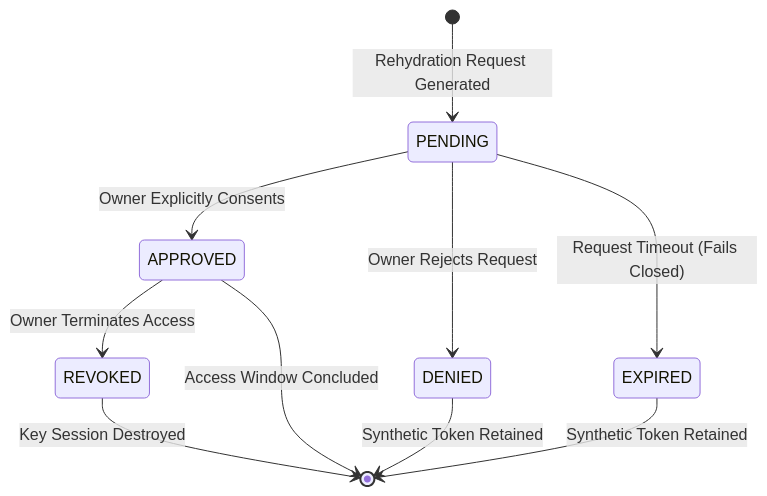
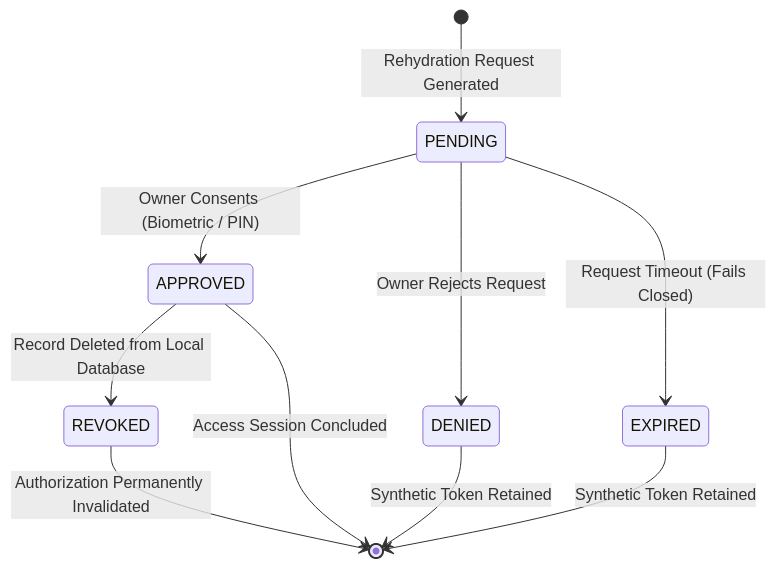
One commit to Shashank-1920/KPRIET-HackITon26 changed the fifth of 7 diagrams in docs/architecture/ARCHITECTURE.md. Above: the diagram before and after it, drawn with Mermaid. The commit also changed other lines of this file and 3 other files, not shown here.

First line of the commit message:
docs: add PRODUCT_REQUIREMENTS and align architecture with privacy-first model

````diff
--- a/docs/architecture/ARCHITECTURE.md
+++ b/docs/architecture/ARCHITECTURE.md
@@ -185,12 +210,12 @@
 ```mermaid
 stateDiagram-v2
     [*] --> PENDING: Rehydration Request Generated
-    PENDING --> APPROVED: Owner Explicitly Consents
+    PENDING --> APPROVED: Owner Consents (Biometric / PIN)
     PENDING --> DENIED: Owner Rejects Request
     PENDING --> EXPIRED: Request Timeout (Fails Closed)
-    APPROVED --> REVOKED: Owner Terminates Access
-    APPROVED --> [*]: Access Window Concluded
+    APPROVED --> REVOKED: Record Deleted from Local Database
+    APPROVED --> [*]: Access Session Concluded
     DENIED --> [*]: Synthetic Token Retained
     EXPIRED --> [*]: Synthetic Token Retained
-    REVOKED --> [*]: Key Session Destroyed
+    REVOKED --> [*]: Authorization Permanently Invalidated
 ```
````
